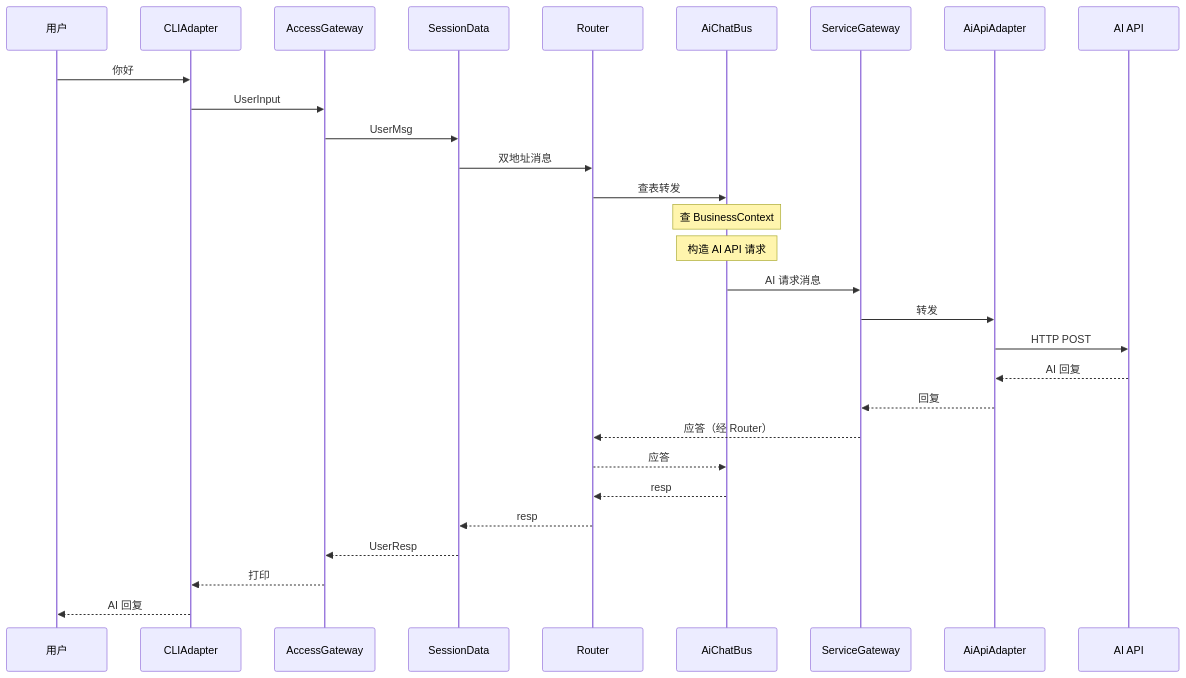
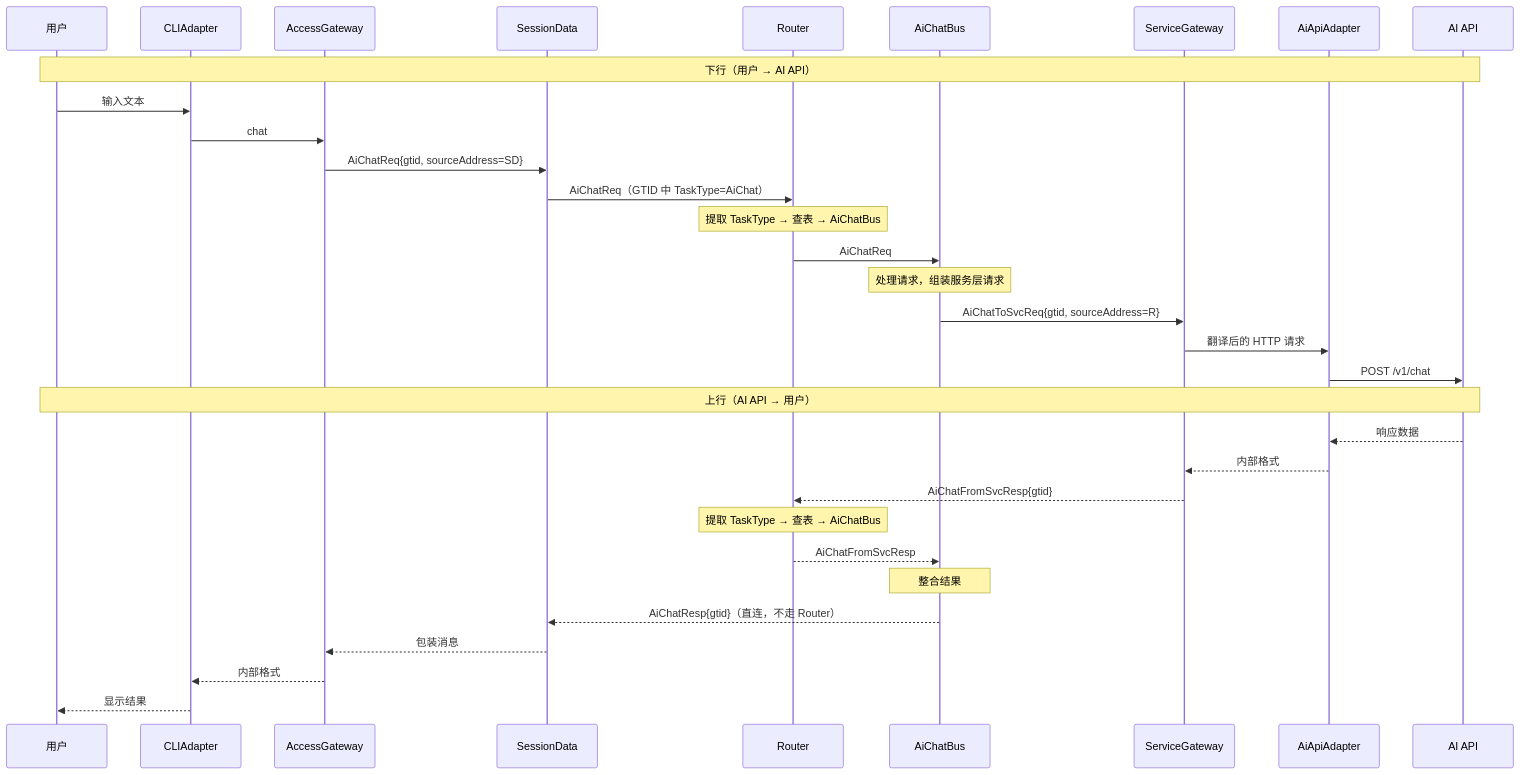
One commit to yun-qilong/flow_hub changed the third of 4 diagrams in README.md. Above: the diagram before and after it, drawn with Mermaid. The commit also changed other lines of this file and 4 other files, not shown here.

First line of the commit message:
[Infra]replace dual-address with GTID + sourceAddress, scope Router to Business Layer

````diff
--- a/README.md
+++ b/README.md
@@ -289,34 +310,38 @@
 ```mermaid
 sequenceDiagram
     participant User as 用户
     participant CLI as CLIAdapter
     participant AG as AccessGateway
     participant SD as SessionData
     participant R as Router
     participant AI as AiChatBus
     participant SG as ServiceGateway
     participant ApiAd as AiApiAdapter
     participant ExtAPI as AI API
 
-    User->>CLI: 你好
-    CLI->>AG: UserInput
-    AG->>SD: UserMsg
-    SD->>R: 双地址消息
-    R->>AI: 查表转发
+    Note over User,ExtAPI: 下行（用户 → AI API）
 
-    Note over AI: 查 BusinessContext
-    Note over AI: 构造 AI API 请求
+    User->>CLI: 输入文本
+    CLI->>AG: chat
+    AG->>SD: AiChatReq{gtid, sourceAddress=SD}
+    SD->>R: AiChatReq（GTID 中 TaskType=AiChat）
+    Note over R: 提取 TaskType → 查表 → AiChatBus
+    R->>AI: AiChatReq
+    Note over AI: 处理请求，组装服务层请求
+    AI->>SG: AiChatToSvcReq{gtid, sourceAddress=R}
+    SG->>ApiAd: 翻译后的 HTTP 请求
+    ApiAd->>ExtAPI: POST /v1/chat
 
-    AI->>SG: AI 请求消息
-    SG->>ApiAd: 转发
-    ApiAd->>ExtAPI: HTTP POST
-    ExtAPI-->>ApiAd: AI 回复
-    ApiAd-->>SG: 回复
-    SG-->>R: 应答（经 Router）
-    R-->>AI: 应答
-    AI-->>R: resp
-    R-->>SD: resp
-    SD-->>AG: UserResp
-    AG-->>CLI: 打印
-    CLI-->>User: AI 回复
+    Note over User,ExtAPI: 上行（AI API → 用户）
+
+    ExtAPI-->>ApiAd: 响应数据
+    ApiAd-->>SG: 内部格式
+    SG-->>R: AiChatFromSvcResp{gtid}
+    Note over R: 提取 TaskType → 查表 → AiChatBus
+    R-->>AI: AiChatFromSvcResp
+    Note over AI: 整合结果
+    AI-->>SD: AiChatResp{gtid}（直连，不走 Router）
+    SD-->>AG: 包装消息
+    AG-->>CLI: 内部格式
+    CLI-->>User: 显示结果
 ```
````
